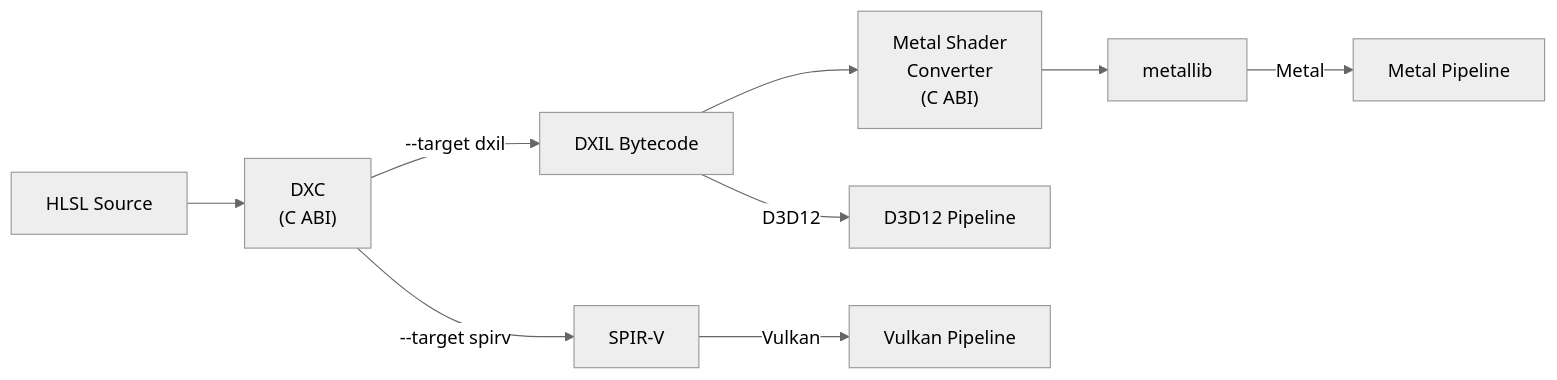
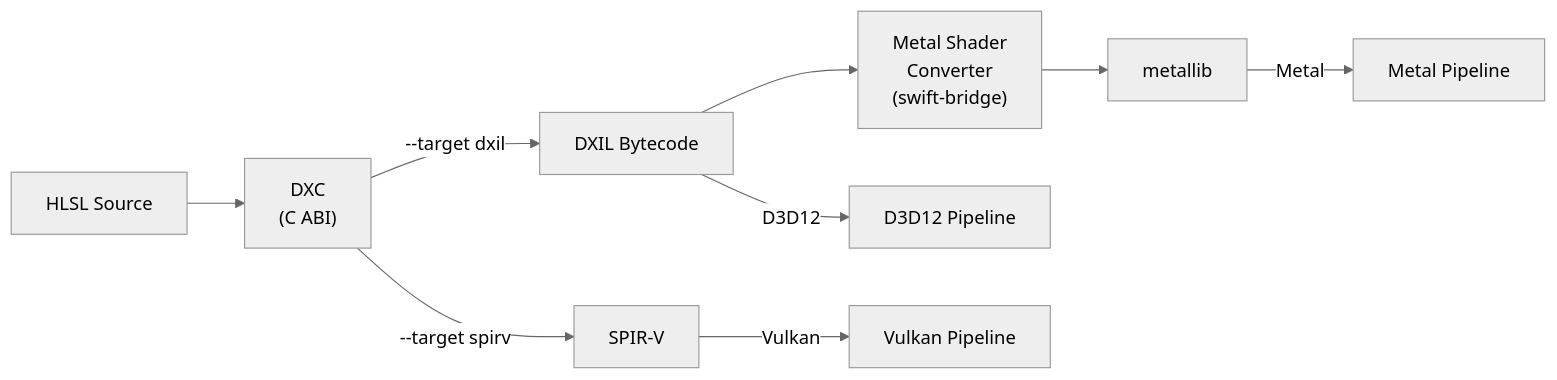
Before and after one commit to harmonius-dev/harmonius: the second of 10 diagrams in docs/design/rendering/gpu-abstraction.md, drawn with Mermaid (neutral theme). The commit also changed other lines of this file and 582 other files, not shown here.

````diff
--- a/docs/design/rendering/gpu-abstraction.md
+++ b/docs/design/rendering/gpu-abstraction.md
@@ -198,13 +197,13 @@
 ```mermaid
 flowchart LR
     HLSL["HLSL Source"] --> DXC["DXC\n(C ABI)"]
     DXC -->|"--target dxil"| DXIL["DXIL Bytecode"]
     DXC -->|"--target spirv"| SPIRV["SPIR-V"]
 
-    DXIL --> MSC["Metal Shader\nConverter\n(C ABI)"]
+    DXIL --> MSC["Metal Shader\nConverter\n(swift-bridge)"]
     MSC --> METALLIB["metallib"]
 
     DXIL -->|D3D12| D3D12["D3D12 Pipeline"]
     SPIRV -->|Vulkan| VK["Vulkan Pipeline"]
     METALLIB -->|Metal| MTL["Metal Pipeline"]
 ```
````
